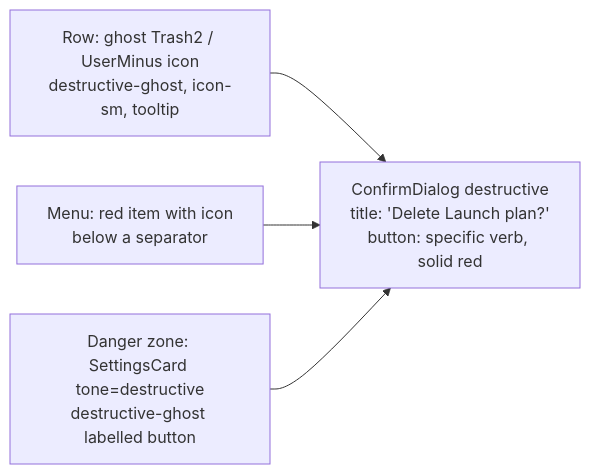
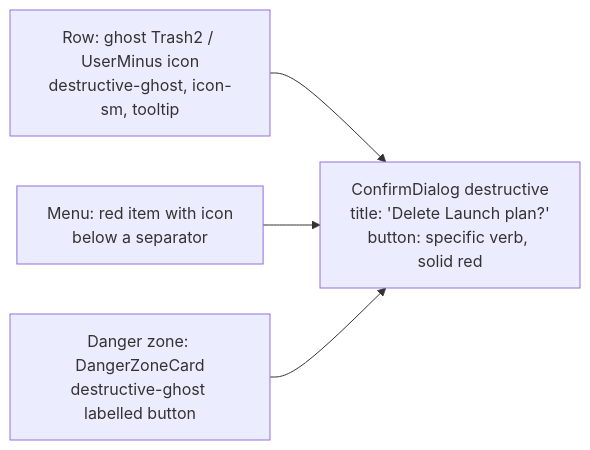
Before and after one commit to SubstrateCo/substrate: the diagram in apps/web/DESIGN.md, drawn with Mermaid. The commit also changed other lines of this file and 64 other files, not shown here.

````diff
--- a/apps/web/DESIGN.md
+++ b/apps/web/DESIGN.md
@@ -31,7 +32,7 @@
 ```mermaid
 flowchart LR
   Row["Row: ghost Trash2 / UserMinus icon<br/>destructive-ghost, icon-sm, tooltip"] --> Confirm
   Menu["Menu: red item with icon<br/>below a separator"] --> Confirm
-  Section["Danger zone: SettingsCard tone=destructive<br/>destructive-ghost labelled button"] --> Confirm
+  Section["Danger zone: DangerZoneCard<br/>destructive-ghost labelled button"] --> Confirm
   Confirm["ConfirmDialog destructive<br/>title: 'Delete Launch plan?'<br/>button: specific verb, solid red"]
 ```
````
